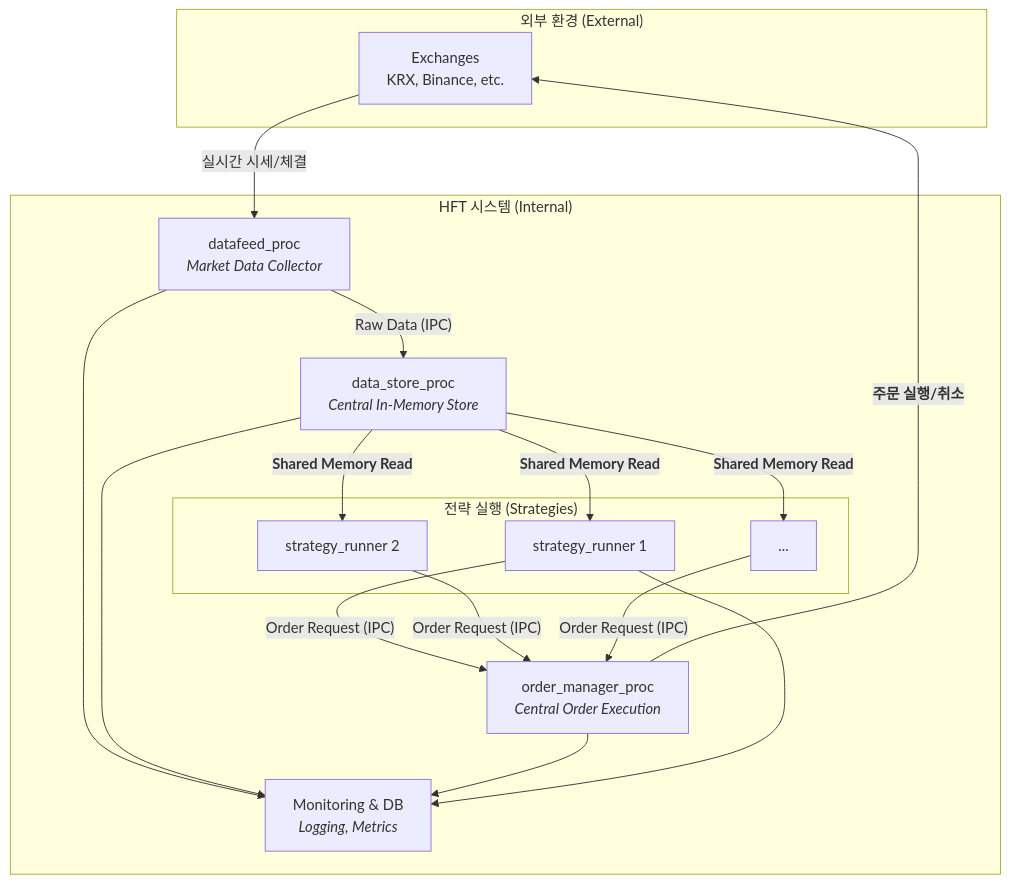
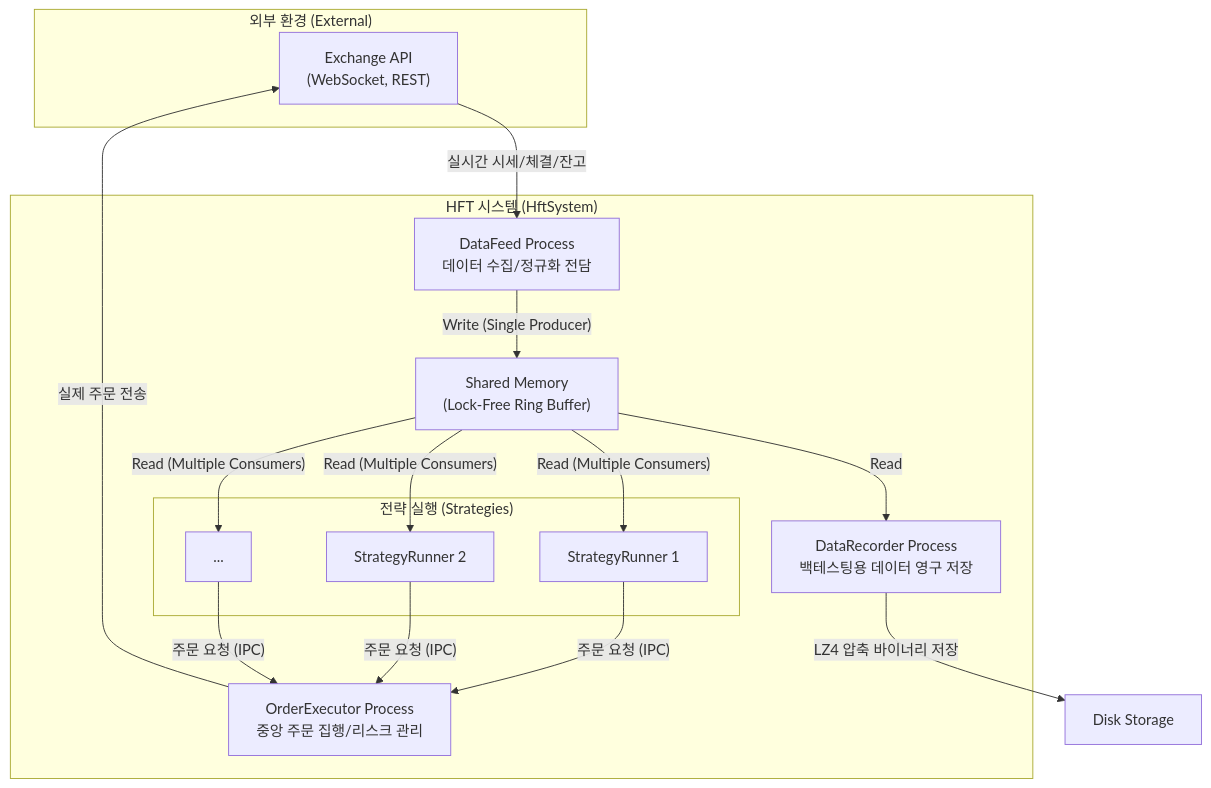
The first of 2 diagrams in README.md (namkyu33/hft-system-architecture), drawn with Mermaid before and after one commit. The commit also changed other lines of this file, not shown here.

````diff
--- a/README.md
+++ b/README.md
@@ -15,39 +16,38 @@
 ```mermaid
 graph TD
     subgraph "외부 환경 (External)"
-        Exchange[Exchanges<br>KRX, Binance, etc.]
+        ExchangeAPI["Exchange API\n(WebSocket, REST)"]
     end
 
-    subgraph "HFT 시스템 (Internal)"
-        Datafeed["datafeed_proc<br><i>Market Data Collector</i>"]
-        DataStore["data_store_proc<br><i>Central In-Memory Store</i>"]
-        OrderManager["order_manager_proc<br><i>Central Order Execution</i>"]
-
+    subgraph "HFT 시스템 (HftSystem)"
+        DataFeed["DataFeed Process\n데이터 수집/정규화 전담"]
+        SharedMemory["Shared Memory\n(Lock-Free Ring Buffer)"]
+        
         subgraph "전략 실행 (Strategies)"
-            Strategy1["strategy_runner 1"]
-            Strategy2["strategy_runner 2"]
+            Strategy1["StrategyRunner 1"]
+            Strategy2["StrategyRunner 2"]
             StrategyN["..."]
         end
-        
-        Monitoring["Monitoring & DB<br><i>Logging, Metrics</i>"]
+
+        OrderExecutor["OrderExecutor Process\n중앙 주문 집행/리스크 관리"]
+        DataRecorder["DataRecorder Process\n백테스팅용 데이터 영구 저장"]
     end
 
-    %% 데이터 수신 흐름 (Data Inflow)
-    Exchange -- "실시간 시세/체결" --> Datafeed
-    Datafeed -- "Raw Data (IPC)" --> DataStore
-    DataStore -- "<b>Shared Memory Read</b>" --> Strategy1
-    DataStore -- "<b>Shared Memory Read</b>" --> Strategy2
-    DataStore -- "<b>Shared Memory Read</b>" --> StrategyN
+    %% 데이터 흐름 (Data Flow)
+    ExchangeAPI -- "실시간 시세/체결/잔고" --> DataFeed
+    DataFeed -- "Write (Single Producer)" --> SharedMemory
+    
+    SharedMemory -- "Read (Multiple Consumers)" --> Strategy1
+    SharedMemory -- "Read (Multiple Consumers)" --> Strategy2
+    SharedMemory -- "Read (Multiple Consumers)" --> StrategyN
+    SharedMemory -- "Read" --> DataRecorder
 
-    %% 주문 실행 흐름 (Order Outflow)
-    Strategy1 -- "Order Request (IPC)" --> OrderManager
-    Strategy2 -- "Order Request (IPC)" --> OrderManager
-    StrategyN -- "Order Request (IPC)" --> OrderManager
-    OrderManager -- "<b>주문 실행/취소</b>" --> Exchange
+    %% 주문 흐름 (Order Flow)
+    Strategy1 -- "주문 요청 (IPC)" --> OrderExecutor
+    Strategy2 -- "주문 요청 (IPC)" --> OrderExecutor
+    StrategyN -- "주문 요청 (IPC)" --> OrderExecutor
+    OrderExecutor -- "실제 주문 전송" --> ExchangeAPI
 
-    %% 모니터링
-    Datafeed --> Monitoring
-    DataStore --> Monitoring
-    OrderManager --> Monitoring
-    Strategy1 --> Monitoring
+    %% 데이터 저장 (Data Recording)
+    DataRecorder -- "LZ4 압축 바이너리 저장" --> Disk[Disk Storage]
 ```
````
